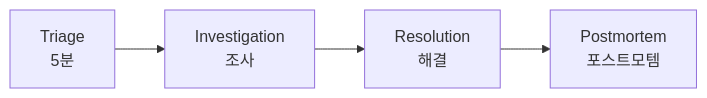
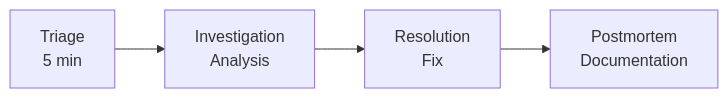
One commit to Atom-oh/oh-my-cloud-skills changed the first of 5 diagrams in docs/docs/aws-ops-plugin/skills/ops-troubleshoot.md. Above: the diagram before and after it, drawn with Mermaid. The commit also changed other lines of this file and 18 other files, not shown here.

````diff
--- a/docs/docs/aws-ops-plugin/skills/ops-troubleshoot.md
+++ b/docs/docs/aws-ops-plugin/skills/ops-troubleshoot.md
@@ -24,6 +23,6 @@
 ```mermaid
 flowchart LR
-    T[Triage<br/>5분] --> I[Investigation<br/>조사]
-    I --> R[Resolution<br/>해결]
-    R --> P[Postmortem<br/>포스트모템]
+    T[Triage<br/>5 min] --> I[Investigation<br/>Analysis]
+    I --> R[Resolution<br/>Fix]
+    R --> P[Postmortem<br/>Documentation]
 ```
````
